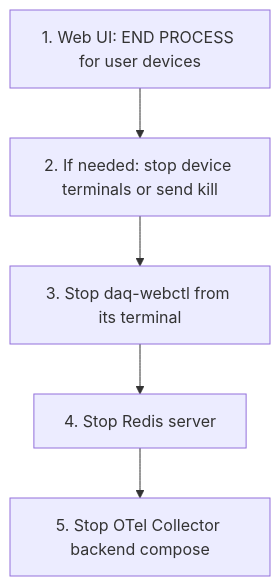
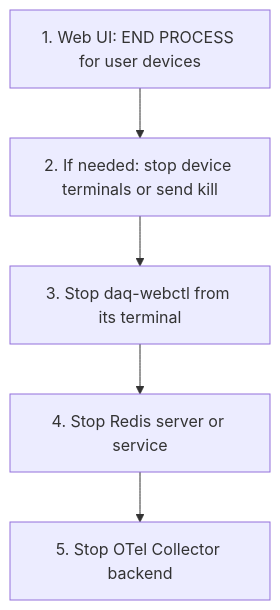
The second of 2 diagrams in examples/README.md (tntakahashi/nestdaq), drawn with Mermaid before and after one commit. The commit also changed other lines of this file and 2 other files, not shown here.

````diff
--- a/examples/README.md
+++ b/examples/README.md
@@ -246,10 +273,10 @@
 ```mermaid
 flowchart TD
   End[1. Web UI: END PROCESS for user devices]
   DeviceFallback[2. If needed: stop device terminals or send kill]
   WebCtl[3. Stop daq-webctl from its terminal]
-  Redis[4. Stop Redis server]
-  Otel[5. Stop OTel Collector backend compose]
+  Redis[4. Stop Redis server or service]
+  Otel[5. Stop OTel Collector backend]
 
   End --> DeviceFallback --> WebCtl --> Redis --> Otel
 ```
````
